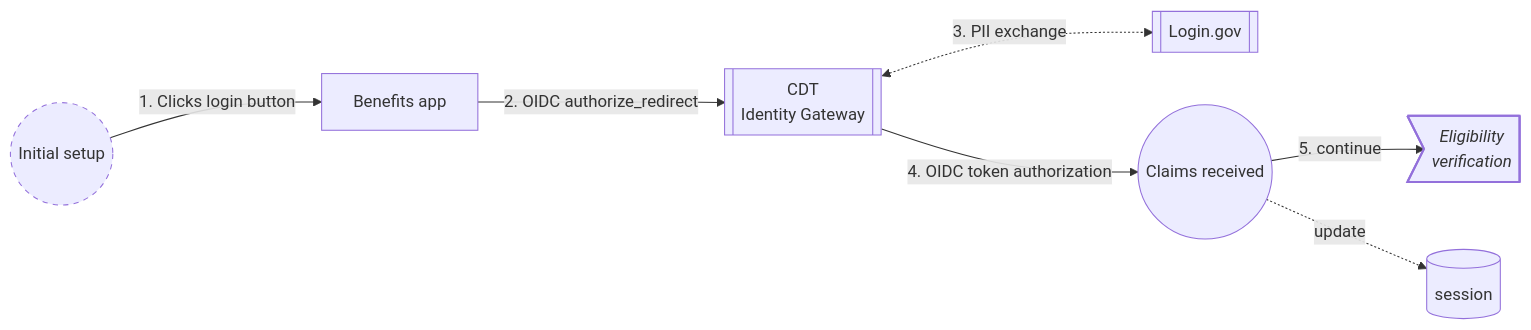
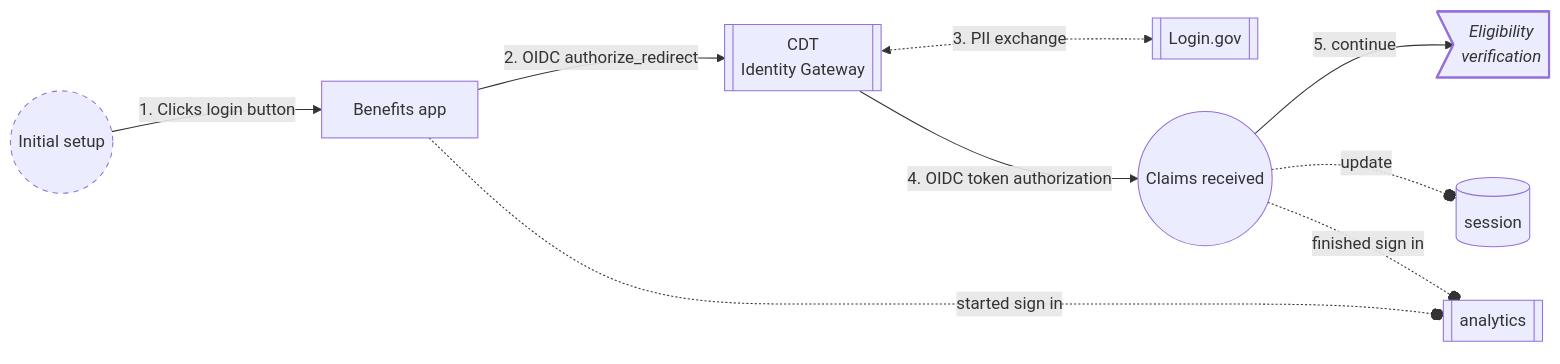
Before and after one commit to cal-itp/benefits: the fourth of 6 diagrams in docs/development/application-logic.md, drawn with Mermaid. The commit also changed other lines of this file, not shown here.

First line of the commit message:
docs(logic): add analytics events

````diff
--- a/docs/development/application-logic.md
+++ b/docs/development/application-logic.md
@@ -147,28 +150,32 @@
 ```mermaid
 flowchart LR
     session[(session)]
+    analytics[[analytics]]
 
     start((Initial setup))
     style start stroke-dasharray: 5 5
 
     benefits[Benefits app]
     idg[["`CDT
     Identity Gateway`"]]
     logingov[[Login.gov]]
     claims((Claims received))
 
     next>"`_Eligibility
     verification_`"]
     style next stroke-width:2px
 
     start -- 1. Clicks login button --> benefits
     %% invisible links help with diagram layout
     start ~~~ session
 
     benefits -- 2. OIDC authorize_redirect --> idg
+    benefits -. started sign in  -.-o analytics
+
     idg <-. "3. PII exchange" .-> logingov
     idg -- 4. OIDC token authorization --> claims
 
     claims -- 5. continue --> next
-    claims -. update .-> session
+    claims -. update .-o session
+    claims -. finished sign in -.-o analytics
 ```
````
